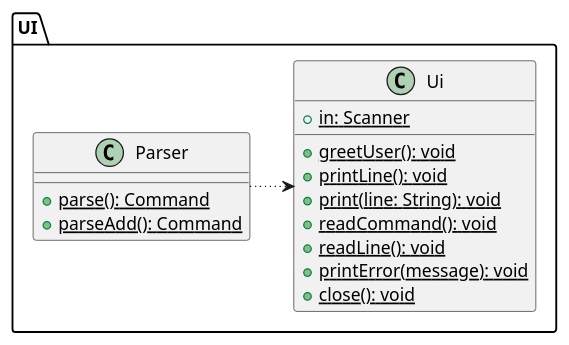
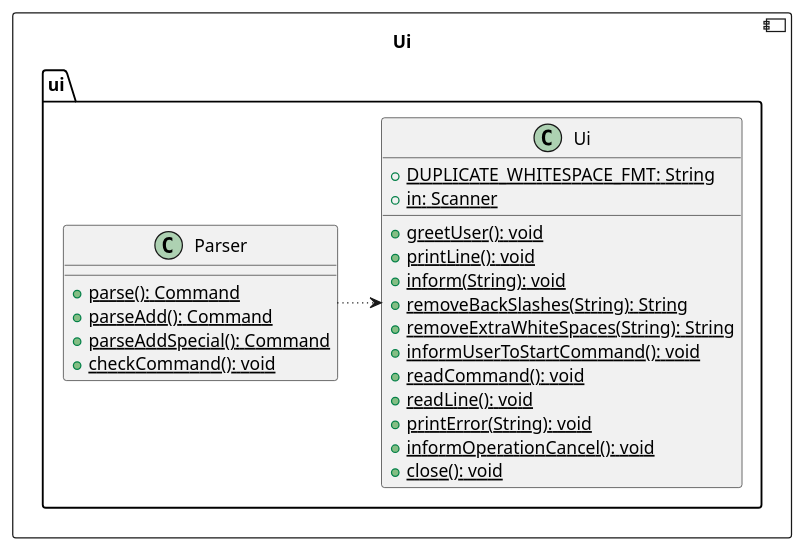
The diagram in docs/DGDiagramsCreator/UIClass.puml (stevenantya/tp), drawn with PlantUML before and after one commit. The commit also changed 164 other files, not shown here.

```diff
--- a/docs/DGDiagramsCreator/UIClass.puml
+++ b/docs/DGDiagramsCreator/UIClass.puml
@@ -1,19 +1,29 @@
 @startuml
-package UI {
-    class Ui {
-        {static}+ in: Scanner
-        {static}+ greetUser(): void
-        {static}+ printLine(): void
-        {static}+ print(line: String): void
-        {static}+ readCommand(): void
-        {static}+ readLine(): void
-        {static}+ printError(message): void
-        {static}+ close(): void
+component Ui {
+    package ui {
+        class Ui {
+            {static}+ DUPLICATE_WHITESPACE_FMT: String
+            {static}+ in: Scanner
+            {static}+ greetUser(): void
+            {static}+ printLine(): void
+            {static}+ inform(String): void
+            {static}+ removeBackSlashes(String): String
+            {static}+ removeExtraWhiteSpaces(String): String
+            {static}+ informUserToStartCommand(): void
+            {static}+ readCommand(): void
+            {static}+ readLine(): void
+            {static}+ printError(String): void
+            {static}+ informOperationCancel(): void
+            {static}+ close(): void
+        }
+        class Parser {
+            {static}+ parse(): Command
+            {static}+ parseAdd(): Command
+            {static}+ parseAddSpecial(): Command
+            {static}+ checkCommand(): void
+        }
+        Parser -[dotted]> Ui
     }
-    class Parser {
-        {static}+ parse(): Command
-        {static}+ parseAdd(): Command
-    }
-    Parser -[dotted]> Ui
+
 }
 @enduml
```
